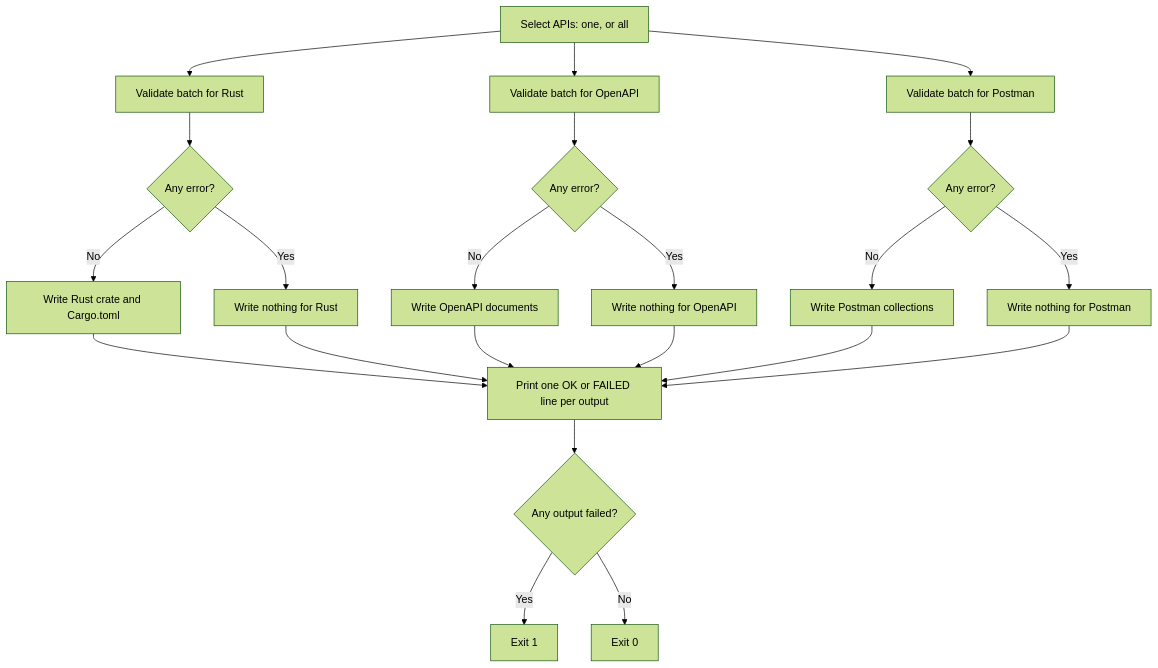
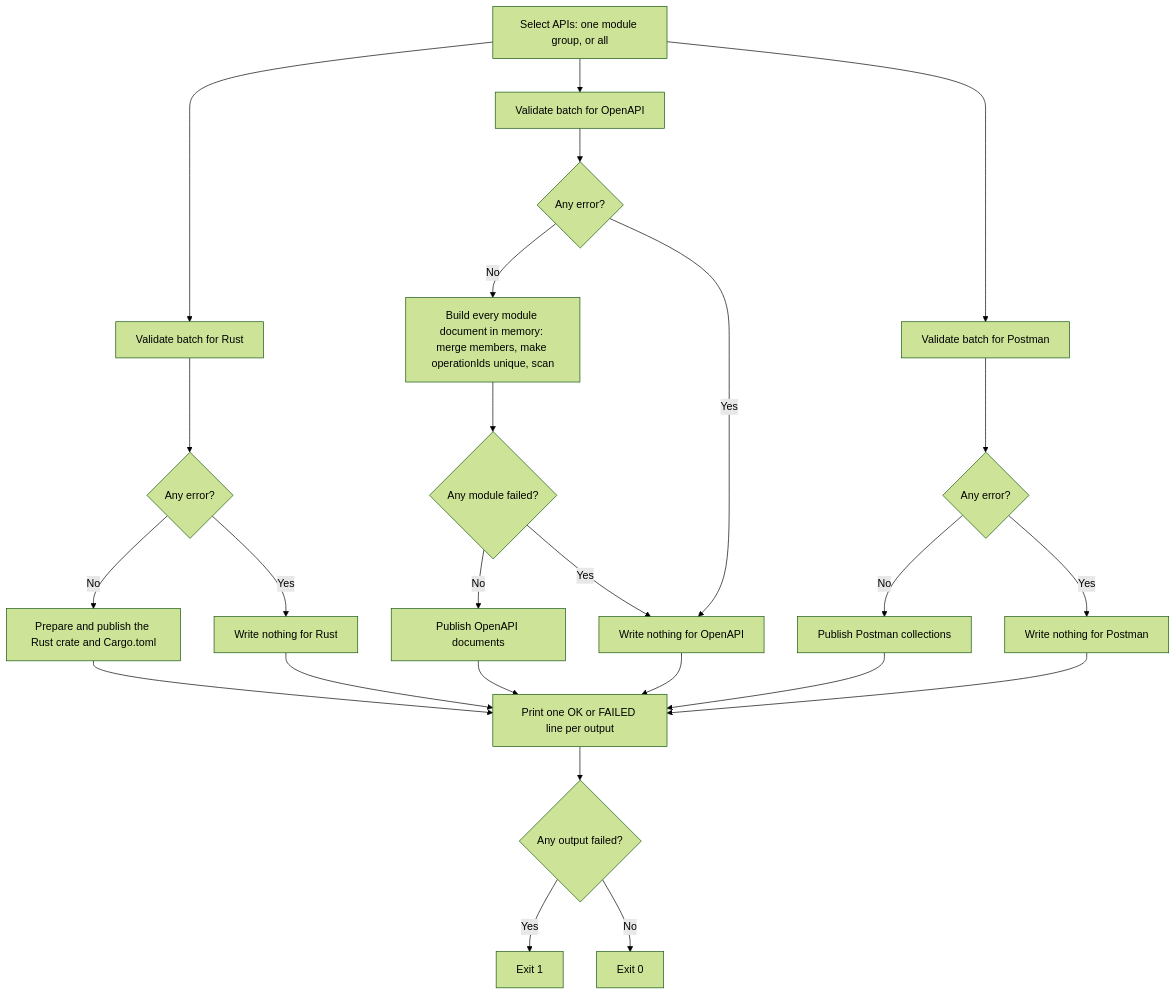
One commit to yankeeinlondon/rusty-biscuit changed the diagram in schematic/docs/generation/validation.md. Above: the diagram before and after it, drawn with Mermaid (forest theme). The commit also changed other lines of this file and 7 other files, not shown here.

````diff
--- a/schematic/docs/generation/validation.md
+++ b/schematic/docs/generation/validation.md
@@ -20,24 +20,27 @@
 ```mermaid
 flowchart TD
-    A[Select APIs: one, or all] --> R[Validate batch for Rust]
+    A[Select APIs: one module group, or all] --> R[Validate batch for Rust]
     A --> O[Validate batch for OpenAPI]
     A --> P[Validate batch for Postman]
     R --> RE{Any error?}
     O --> OE{Any error?}
     P --> PE{Any error?}
-    RE -->|No| RW[Write Rust crate and Cargo.toml]
+    RE -->|No| RW[Prepare and publish the Rust crate and Cargo.toml]
     RE -->|Yes| RS[Write nothing for Rust]
-    OE -->|No| OW[Write OpenAPI documents]
+    OE -->|No| OB[Build every module document in memory: merge members, make operationIds unique, scan]
     OE -->|Yes| OS[Write nothing for OpenAPI]
-    PE -->|No| PW[Write Postman collections]
+    OB --> OBE{Any module failed?}
+    OBE -->|No| OW[Publish OpenAPI documents]
+    OBE -->|Yes| OS
+    PE -->|No| PW[Publish Postman collections]
     PE -->|Yes| PS[Write nothing for Postman]
     RW --> S[Print one OK or FAILED line per output]
     RS --> S
     OW --> S
     OS --> S
     PW --> S
     PS --> S
     S --> X{Any output failed?}
     X -->|Yes| N[Exit 1]
     X -->|No| Z[Exit 0]
 ```
````
